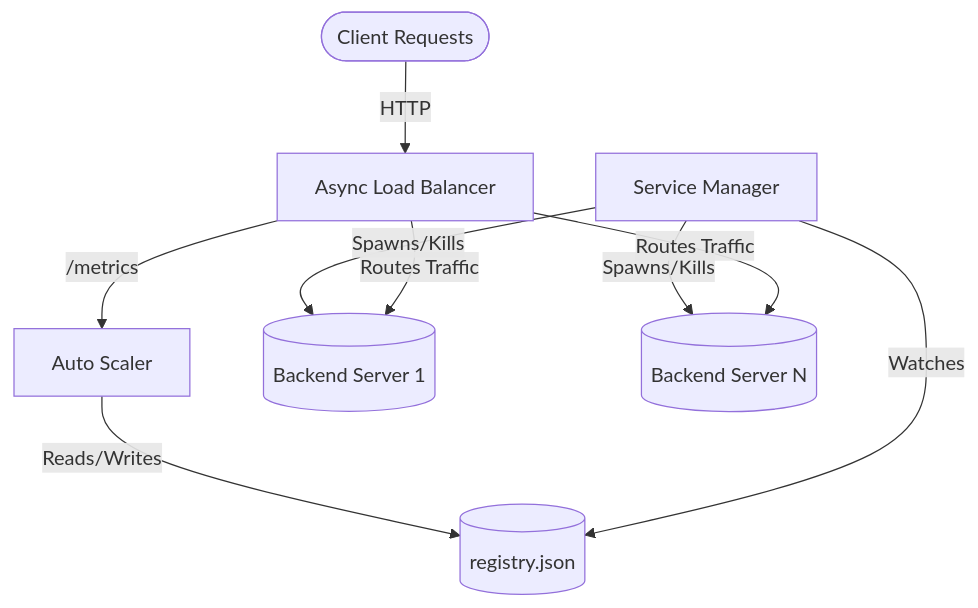
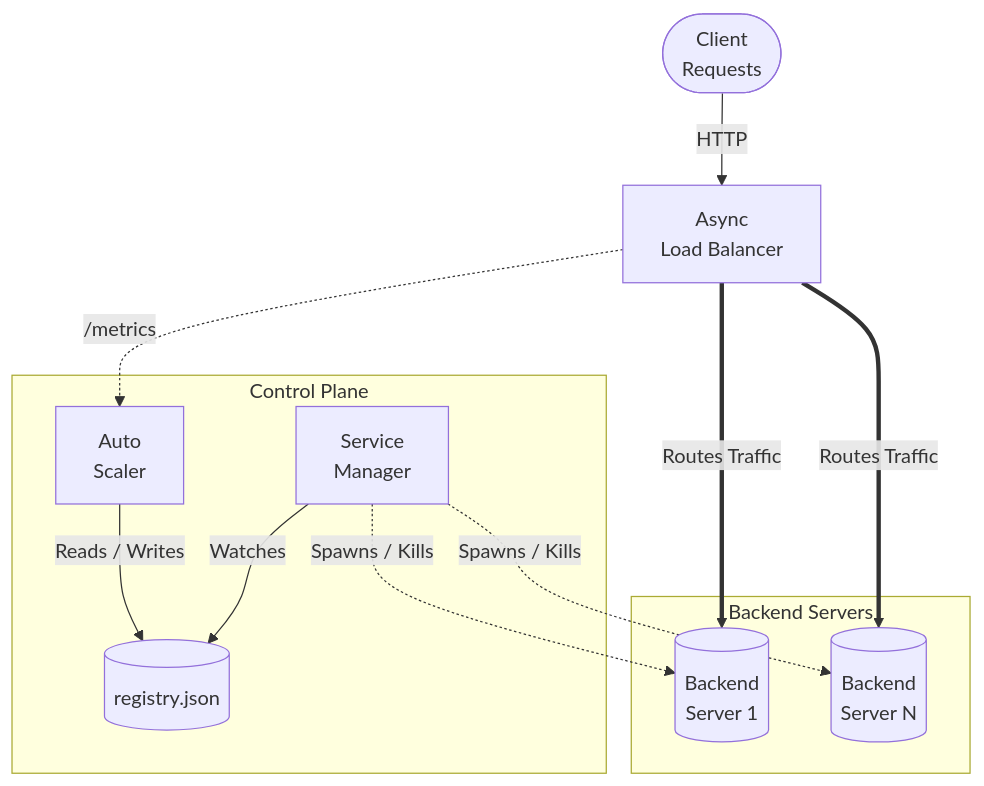
One commit to shireesha-ai-infra/Mini_Load_Balancer changed the diagram in README.md. Above: the diagram before and after it, drawn with Mermaid.

Commit message:
docs: Refactor Mermaid diagram in README to improve readability and introduce subgraphs.

````diff
--- a/README.md
+++ b/README.md
@@ -44,11 +44,25 @@
 ```mermaid
 graph TD
-    Client([Client Requests]) -->|HTTP| AsyncLB[Async Load Balancer]
-    AsyncLB -->|/metrics| AutoScaler[Auto Scaler]
-    AutoScaler -->|Reads/Writes| Registry[(registry.json)]
-    ServiceManager[Service Manager] -->|Watches| Registry
-    ServiceManager -->|Spawns/Kills| Server1[(Backend Server 1)]
-    ServiceManager -->|Spawns/Kills| ServerN[(Backend Server N)]
-    AsyncLB -->|Routes Traffic| Server1
-    AsyncLB -->|Routes Traffic| ServerN
+    Client([Client<br>Requests]) -->|HTTP| AsyncLB[Async<br>Load Balancer]
+
+    subgraph Control Plane
+        AutoScaler[Auto<br>Scaler]
+        Registry[(registry.json)]
+        ServiceManager[Service<br>Manager]
+    end
+
+    subgraph Backend Servers
+        Server1[(Backend<br>Server 1)]
+        ServerN[(Backend<br>Server N)]
+    end
+
+    AsyncLB -.->|/metrics| AutoScaler
+    AutoScaler -->|Reads / Writes| Registry
+    ServiceManager -->|Watches| Registry
+
+    ServiceManager -.->|Spawns / Kills| Server1
+    ServiceManager -.->|Spawns / Kills| ServerN
+
+    AsyncLB ===>|Routes Traffic| Server1
+    AsyncLB ===>|Routes Traffic| ServerN
 ```
````
